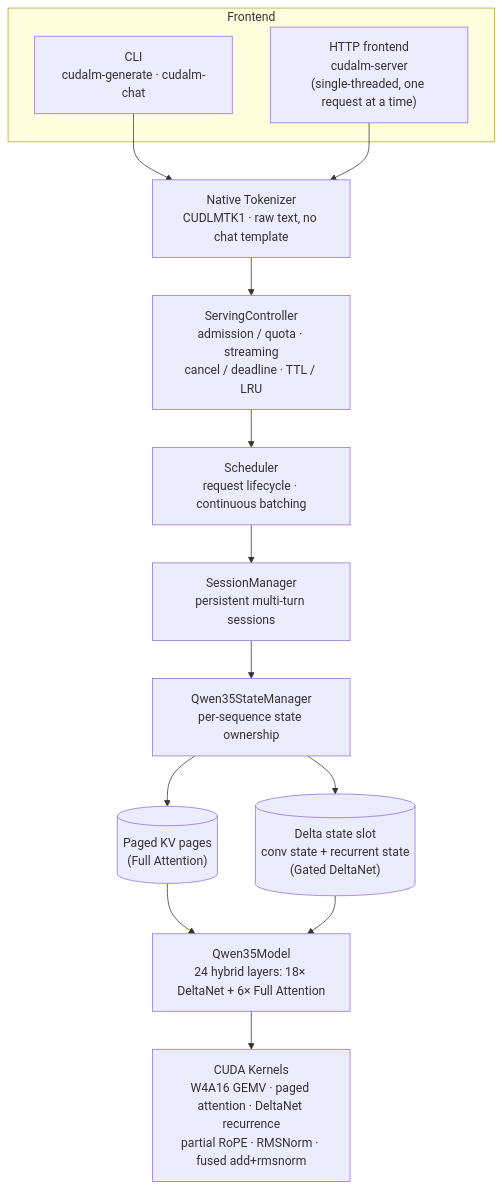
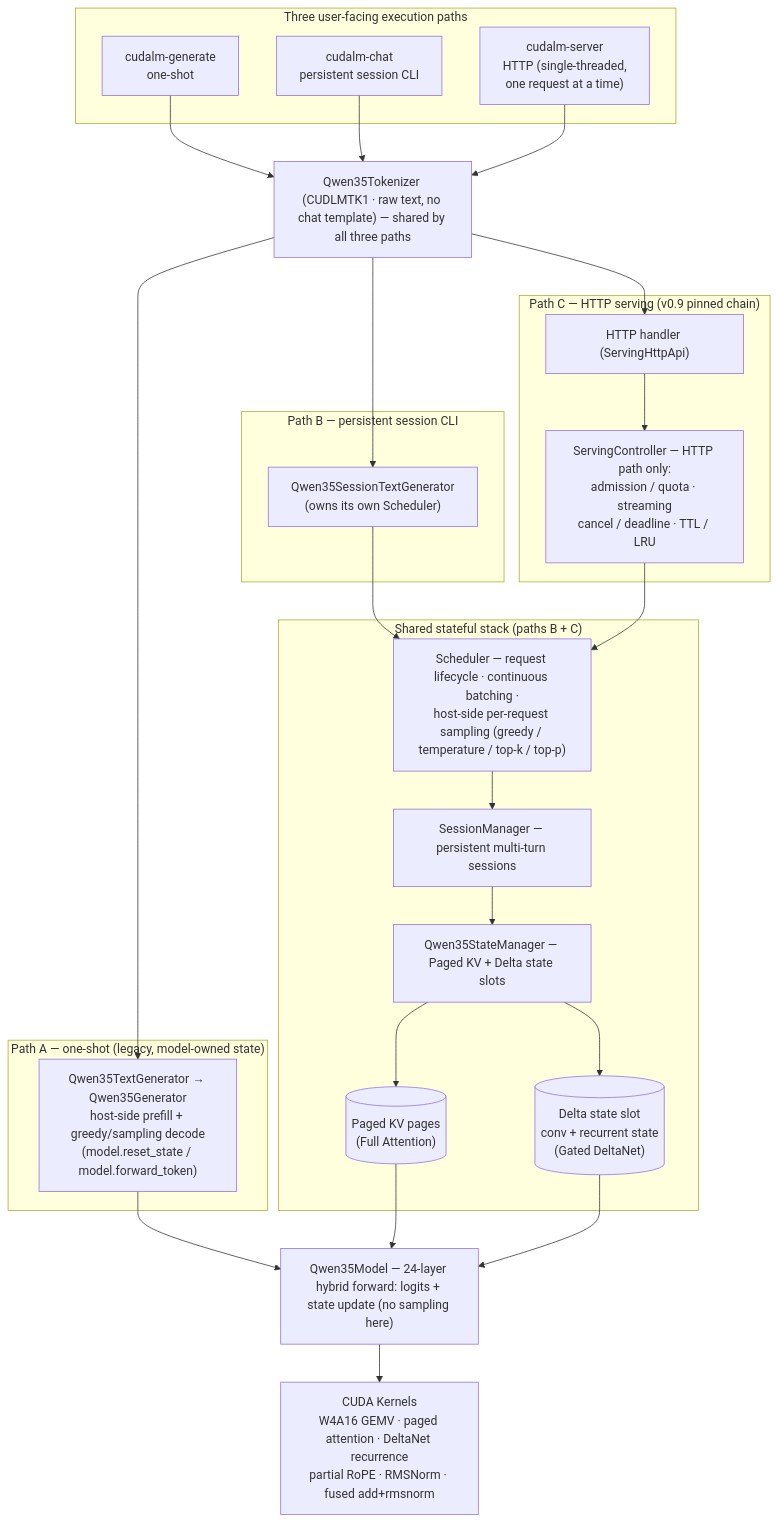
One commit to trump253/cudalm-agent changed the diagram in README_EN.md. Above: the diagram before and after it, drawn with Mermaid. The commit also changed other lines of this file and 4 other files, not shown here.

````diff
--- a/README_EN.md
+++ b/README_EN.md
@@ -95,28 +101,52 @@
 ```mermaid
 flowchart TD
-    subgraph Frontend
-        CLI["CLI<br/>cudalm-generate · cudalm-chat"]
-        HTTP["HTTP frontend<br/>cudalm-server<br/>(single-threaded, one request at a time)"]
+    subgraph F["Three user-facing execution paths"]
+        A["cudalm-generate<br/>one-shot"]
+        B["cudalm-chat<br/>persistent session CLI"]
+        C["cudalm-server<br/>HTTP (single-threaded,<br/>one request at a time)"]
     end
-    TOK["Native Tokenizer<br/>CUDLMTK1 · raw text, no chat template"]
-    SC["ServingController<br/>admission / quota · streaming<br/>cancel / deadline · TTL / LRU"]
-    SCH["Scheduler<br/>request lifecycle · continuous batching"]
-    SM["SessionManager<br/>persistent multi-turn sessions"]
-    ST["Qwen35StateManager<br/>per-sequence state ownership"]
-    KV[("Paged KV pages<br/>(Full Attention)")]
-    DS[("Delta state slot<br/>conv state + recurrent state<br/>(Gated DeltaNet)")]
-    MDL["Qwen35Model<br/>24 hybrid layers: 18× DeltaNet + 6× Full Attention"]
+    TOK["Qwen35Tokenizer (CUDLMTK1 · raw text, no chat template) — shared by all three paths"]
+
+    A --> TOK
+    B --> TOK
+    C --> TOK
+
+    subgraph PA["Path A — one-shot (legacy, model-owned state)"]
+        TG["Qwen35TextGenerator → Qwen35Generator<br/>host-side prefill + greedy/sampling decode<br/>(model.reset_state / model.forward_token)"]
+    end
+
+    subgraph PB["Path B — persistent session CLI"]
+        STG["Qwen35SessionTextGenerator<br/>(owns its own Scheduler)"]
+    end
+
+    subgraph PC["Path C — HTTP serving (v0.9 pinned chain)"]
+        HPA["HTTP handler (ServingHttpApi)"]
+        SC["ServingController — HTTP path only:<br/>admission / quota · streaming<br/>cancel / deadline · TTL / LRU"]
+        HPA --> SC
+    end
+
+    subgraph SL["Shared stateful stack (paths B + C)"]
+        SCH["Scheduler — request lifecycle · continuous batching ·<br/>host-side per-request sampling (greedy / temperature / top-k / top-p)"]
+        SM["SessionManager — persistent multi-turn sessions"]
+        ST["Qwen35StateManager — Paged KV + Delta state slots"]
+        KV[("Paged KV pages<br/>(Full Attention)")]
+        DS[("Delta state slot<br/>conv + recurrent state<br/>(Gated DeltaNet)")]
+        SCH --> SM
+        SM --> ST
+        ST --> KV
+        ST --> DS
+    end
+
+    MDL["Qwen35Model — 24-layer hybrid forward: logits + state update (no sampling here)"]
     KER["CUDA Kernels<br/>W4A16 GEMV · paged attention · DeltaNet recurrence<br/>partial RoPE · RMSNorm · fused add+rmsnorm"]
 
-    CLI --> TOK
-    HTTP --> TOK
-    TOK --> SC
+    TOK --> TG
+    TOK --> STG
+    TOK --> HPA
+    TG --> MDL
+    STG --> SCH
     SC --> SCH
-    SCH --> SM
-    SM --> ST
-    ST --> KV
-    ST --> DS
     KV --> MDL
     DS --> MDL
     MDL --> KER
 ```
````
